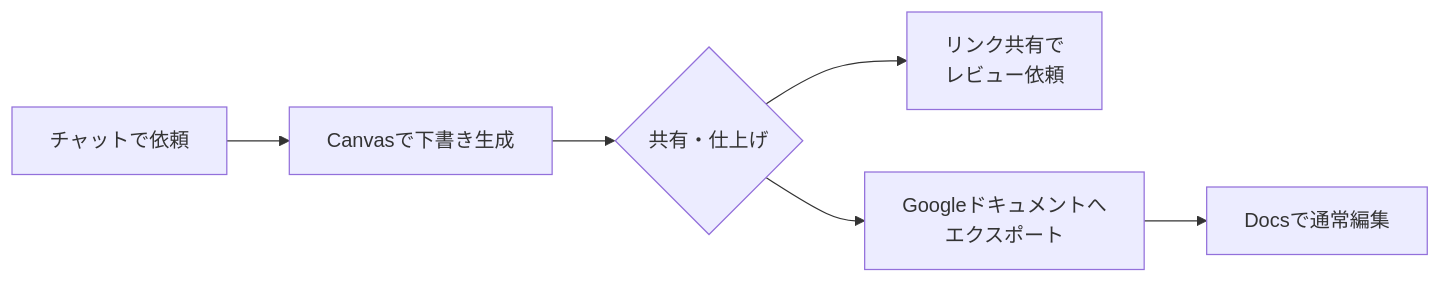
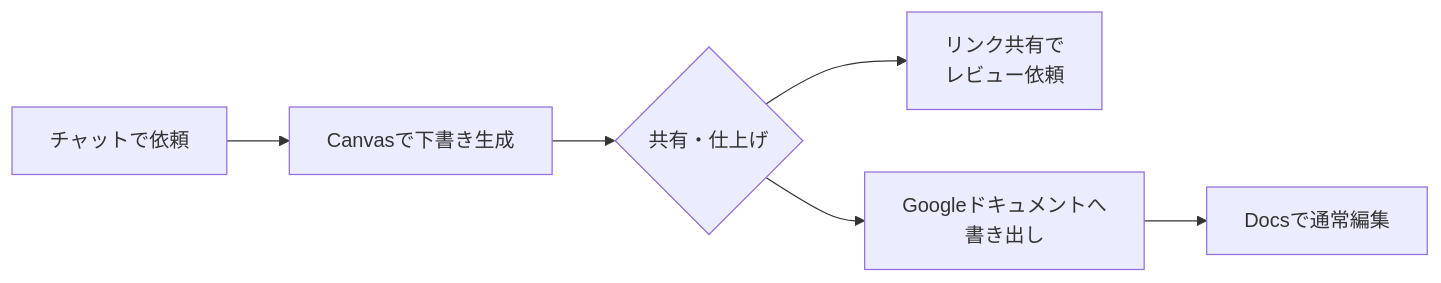
Before and after one commit to ma2saka/docs-claude-sample: the diagram in docs/11-gemini-advanced.md, drawn with Mermaid. The commit also changed other lines of this file and 3 other files, not shown here.

````diff
--- a/docs/11-gemini-advanced.md
+++ b/docs/11-gemini-advanced.md
@@ -51,8 +51,8 @@
 ```mermaid
 flowchart LR
     A[チャットで依頼] --> B[Canvasで下書き生成]
     B --> C{共有・仕上げ}
     C --> D[リンク共有で<br/>レビュー依頼]
-    C --> E[Googleドキュメントへ<br/>エクスポート]
+    C --> E[Googleドキュメントへ<br/>書き出し]
     E --> F[Docsで通常編集]
 ```
````
